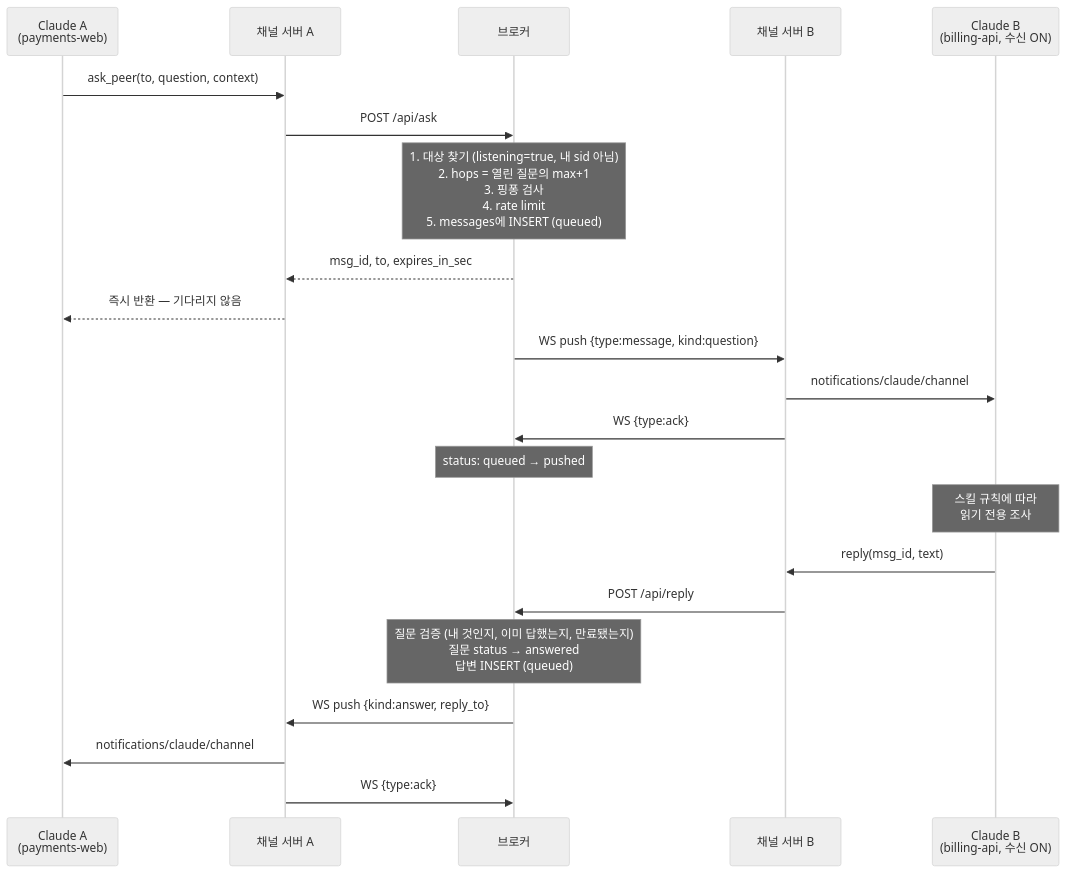
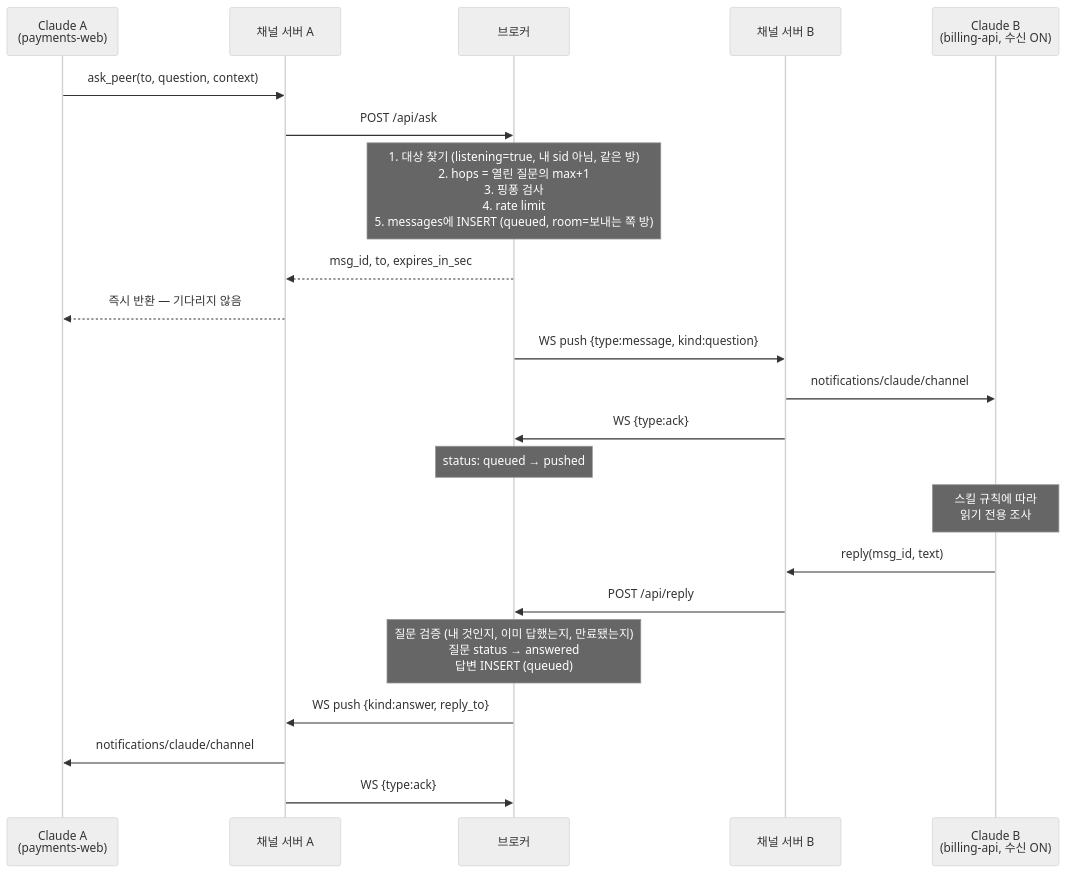
One commit to nugulhie/claude-chat-session changed the second of 3 diagrams in INTERNALS.md. Above: the diagram before and after it, drawn with Mermaid (neutral theme). The commit also changed other lines of this file and 5 other files, not shown here.

````diff
--- a/INTERNALS.md
+++ b/INTERNALS.md
@@ -141,27 +142,27 @@
 ```mermaid
 sequenceDiagram
     participant A as Claude A<br/>(payments-web)
     participant CSA as 채널 서버 A
     participant BK as 브로커
     participant CSB as 채널 서버 B
     participant B as Claude B<br/>(billing-api, 수신 ON)
 
     A->>CSA: ask_peer(to, question, context)
     CSA->>BK: POST /api/ask
-    Note over BK: 1. 대상 찾기 (listening=true, 내 sid 아님)<br/>2. hops = 열린 질문의 max+1<br/>3. 핑퐁 검사<br/>4. rate limit<br/>5. messages에 INSERT (queued)
+    Note over BK: 1. 대상 찾기 (listening=true, 내 sid 아님, 같은 방)<br/>2. hops = 열린 질문의 max+1<br/>3. 핑퐁 검사<br/>4. rate limit<br/>5. messages에 INSERT (queued, room=보내는 쪽 방)
     BK-->>CSA: msg_id, to, expires_in_sec
     CSA-->>A: 즉시 반환 — 기다리지 않음
 
     BK->>CSB: WS push {type:message, kind:question}
     CSB->>B: notifications/claude/channel
     CSB->>BK: WS {type:ack}
     Note over BK: status: queued → pushed
 
     Note over B: 스킬 규칙에 따라<br/>읽기 전용 조사
     B->>CSB: reply(msg_id, text)
     CSB->>BK: POST /api/reply
     Note over BK: 질문 검증 (내 것인지, 이미 답했는지, 만료됐는지)<br/>질문 status → answered<br/>답변 INSERT (queued)
     BK->>CSA: WS push {kind:answer, reply_to}
     CSA->>A: notifications/claude/channel
     CSA->>BK: WS {type:ack}
 ```
````
